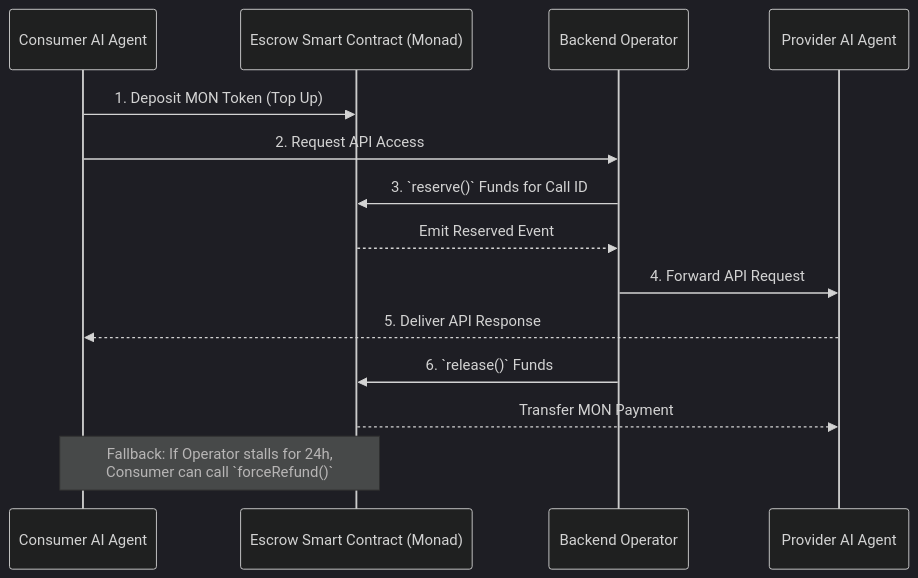
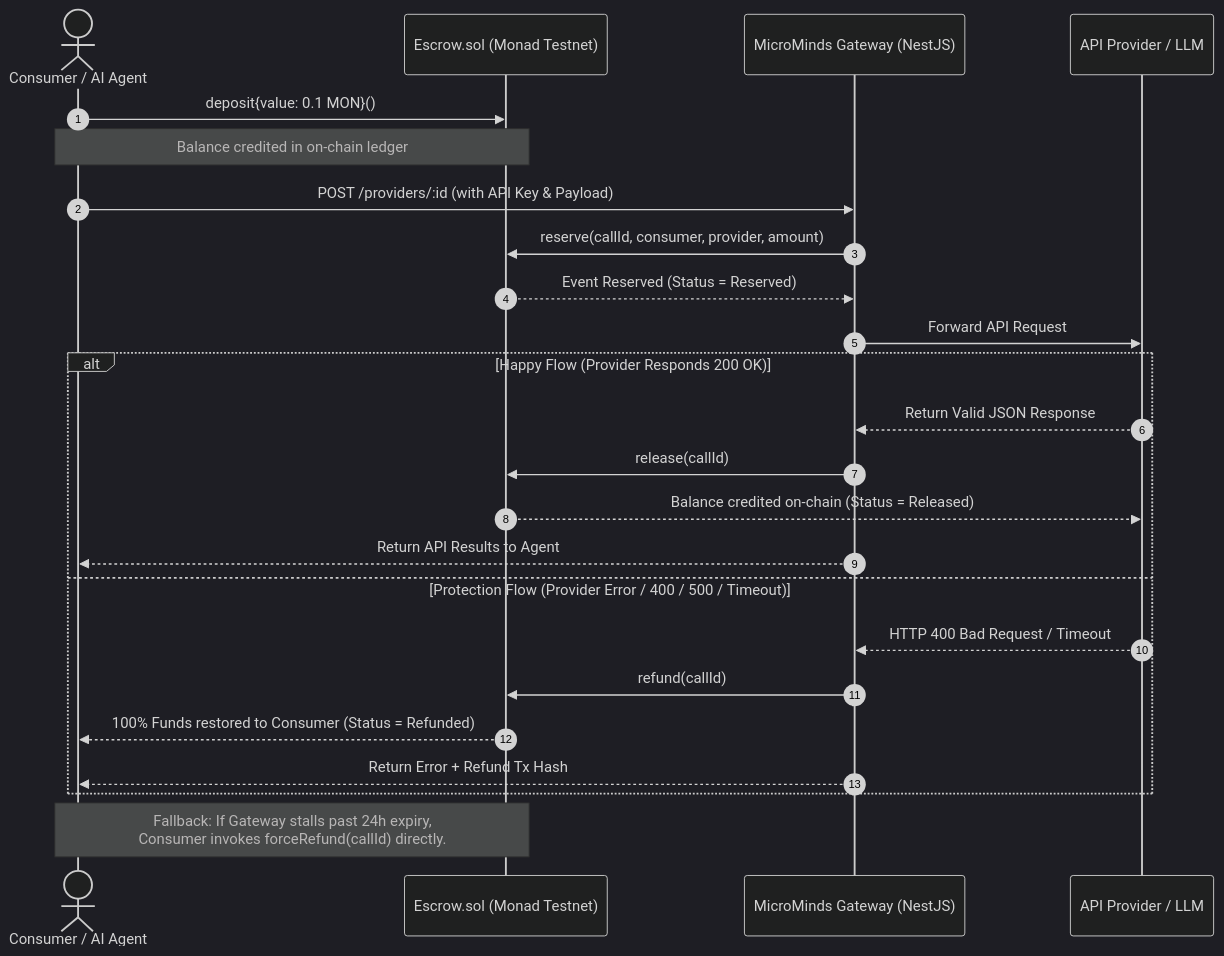
Before and after one commit to westoryyyy/MicroMinds: the diagram in README.md, drawn with Mermaid (dark theme). The commit also changed other lines of this file and 1 other file, not shown here.

Commit message:
docs: overhaul root README with comprehensive English documentation and system architecture

````diff
--- a/README.md
+++ b/README.md
@@ -34,17 +47,31 @@
 ```mermaid
 sequenceDiagram
-    participant Consumer as Consumer AI Agent
-    participant Contract as Escrow Smart Contract (Monad)
-    participant Operator as Backend Operator
-    participant Provider as Provider AI Agent
+    autonumber
+    actor Consumer as Consumer / AI Agent
+    participant Escrow as Escrow.sol (Monad Testnet)
+    participant Gateway as MicroMinds Gateway (NestJS)
+    participant Provider as API Provider / LLM
 
-    Consumer->>Contract: 1. Deposit MON Token (Top Up)
-    Consumer->>Operator: 2. Request API Access
-    Operator->>Contract: 3. `reserve()` Funds for Call ID
-    Contract-->>Operator: Emit Reserved Event
-    Operator->>Provider: 4. Forward API Request
-    Provider-->>Consumer: 5. Deliver API Response
-    Operator->>Contract: 6. `release()` Funds
-    Contract-->>Provider: Transfer MON Payment
-    Note over Consumer,Contract: Fallback: If Operator stalls for 24h,<br/>Consumer can call `forceRefund()`
+    Consumer->>Escrow: deposit{value: 0.1 MON}()
+    Note over Consumer,Escrow: Balance credited in on-chain ledger
+    
+    Consumer->>Gateway: POST /providers/:id (with API Key & Payload)
+    Gateway->>Escrow: reserve(callId, consumer, provider, amount)
+    Escrow-->>Gateway: Event Reserved (Status = Reserved)
+    
+    Gateway->>Provider: Forward API Request
+    
+    alt Happy Flow (Provider Responds 200 OK)
+        Provider-->>Gateway: Return Valid JSON Response
+        Gateway->>Escrow: release(callId)
+        Escrow-->>Provider: Balance credited on-chain (Status = Released)
+        Gateway-->>Consumer: Return API Results to Agent
+    else Protection Flow (Provider Error / 400 / 500 / Timeout)
+        Provider-->>Gateway: HTTP 400 Bad Request / Timeout
+        Gateway->>Escrow: refund(callId)
+        Escrow-->>Consumer: 100% Funds restored to Consumer (Status = Refunded)
+        Gateway-->>Consumer: Return Error + Refund Tx Hash
+    end
+
+    Note over Consumer,Escrow: Fallback: If Gateway stalls past 24h expiry,<br/>Consumer invokes forceRefund(callId) directly.
 ```
````
